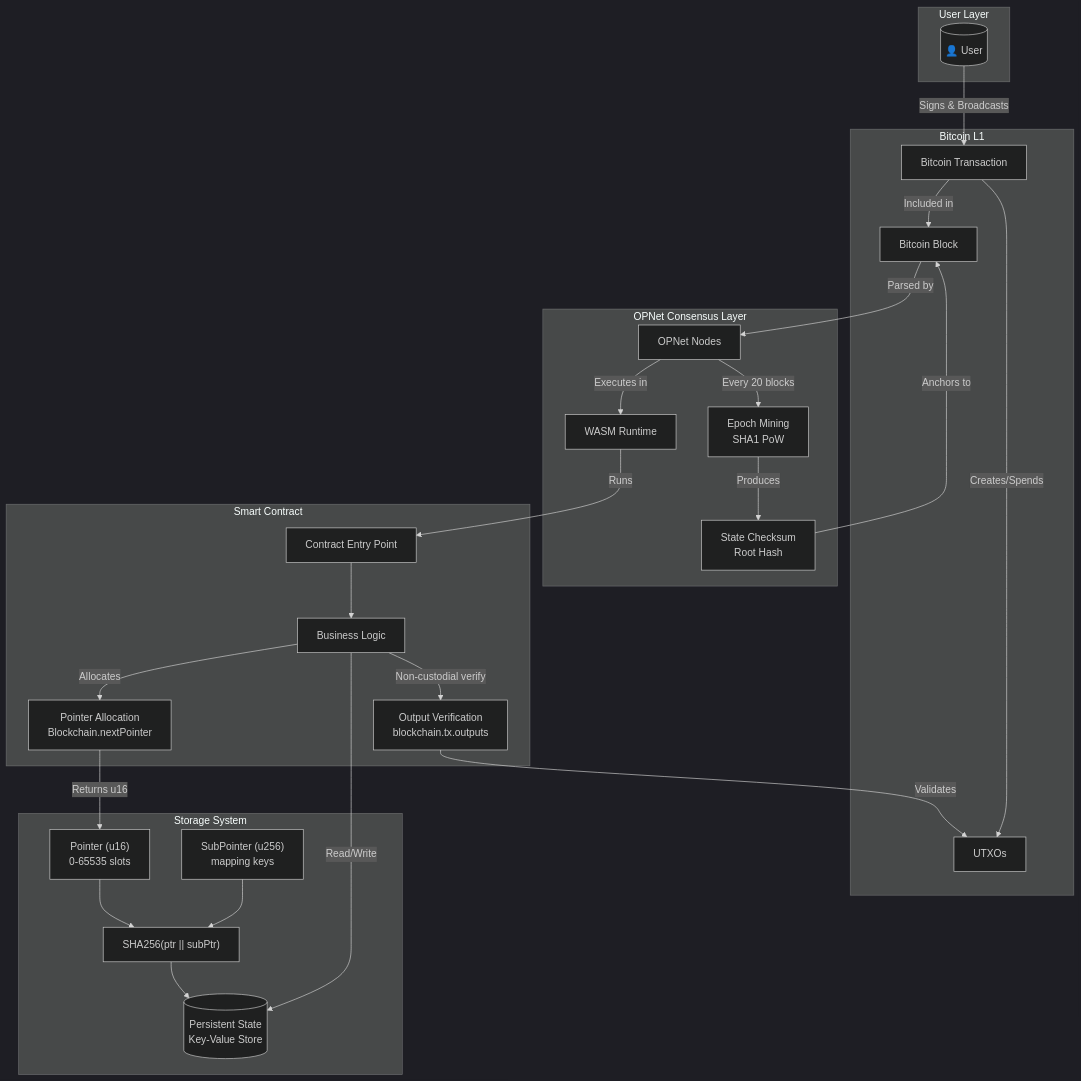
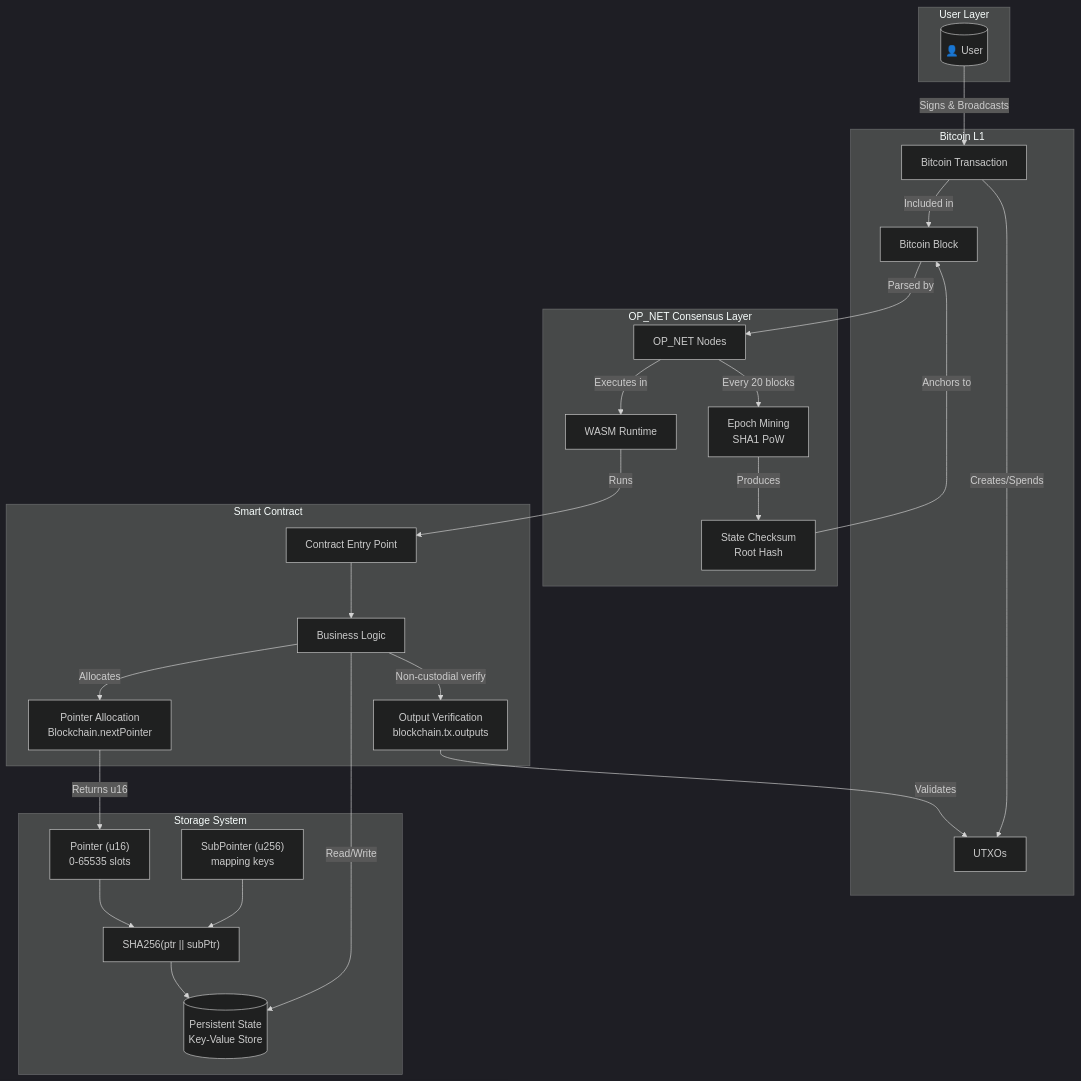
The fifth of 7 diagrams in docs/core-concepts/storage-system.md (btc-vision/btc-runtime), drawn with Mermaid before and after one commit. The commit also changed other lines of this file and 46 other files, not shown here.

Commit message:
Change OPNet to OP_NET

````diff
--- a/docs/core-concepts/storage-system.md
+++ b/docs/core-concepts/storage-system.md
@@ -258,59 +258,59 @@
 ```mermaid
 ---
 config:
   theme: dark
 ---
 flowchart TD
     subgraph UserLayer["User Layer"]
         USER[("👤 User")]
     end
 
     subgraph BitcoinL1["Bitcoin L1"]
         BTC_TX["Bitcoin Transaction"]
         BTC_BLOCK["Bitcoin Block"]
         UTXO["UTXOs"]
     end
 
-    subgraph OPNetConsensus["OPNet Consensus Layer"]
-        INDEXER["OPNet Nodes"]
+    subgraph OPNetConsensus["OP_NET Consensus Layer"]
+        INDEXER["OP_NET Nodes"]
         WASM["WASM Runtime"]
         EPOCH["Epoch Mining<br/>SHA1 PoW"]
         CHECKPOINT["State Checksum<br/>Root Hash"]
     end
 
     subgraph Contract["Smart Contract"]
         ENTRY["Contract Entry Point"]
         LOGIC["Business Logic"]
         VERIFY["Output Verification<br/>blockchain.tx.outputs"]
         PTR_ALLOC["Pointer Allocation<br/>Blockchain.nextPointer"]
     end
 
     subgraph StorageSystem["Storage System"]
         PTR["Pointer (u16)<br/>0-65535 slots"]
         SUBPTR["SubPointer (u256)<br/>mapping keys"]
         HASH["SHA256(ptr || subPtr)"]
         STORAGE[("Persistent State<br/>Key-Value Store")]
 
         PTR --> HASH
         SUBPTR --> HASH
         HASH --> STORAGE
     end
 
     USER -->|"Signs & Broadcasts"| BTC_TX
     BTC_TX -->|"Included in"| BTC_BLOCK
     BTC_BLOCK -->|"Parsed by"| INDEXER
     INDEXER -->|"Executes in"| WASM
     WASM -->|"Runs"| ENTRY
     ENTRY --> LOGIC
     LOGIC -->|"Non-custodial verify"| VERIFY
     LOGIC -->|"Allocates"| PTR_ALLOC
     PTR_ALLOC -->|"Returns u16"| PTR
     LOGIC -->|"Read/Write"| STORAGE
 
     INDEXER -->|"Every 20 blocks"| EPOCH
     EPOCH -->|"Produces"| CHECKPOINT
     CHECKPOINT -->|"Anchors to"| BTC_BLOCK
 
     VERIFY -->|"Validates"| UTXO
     BTC_TX -->|"Creates/Spends"| UTXO
 ```
````
